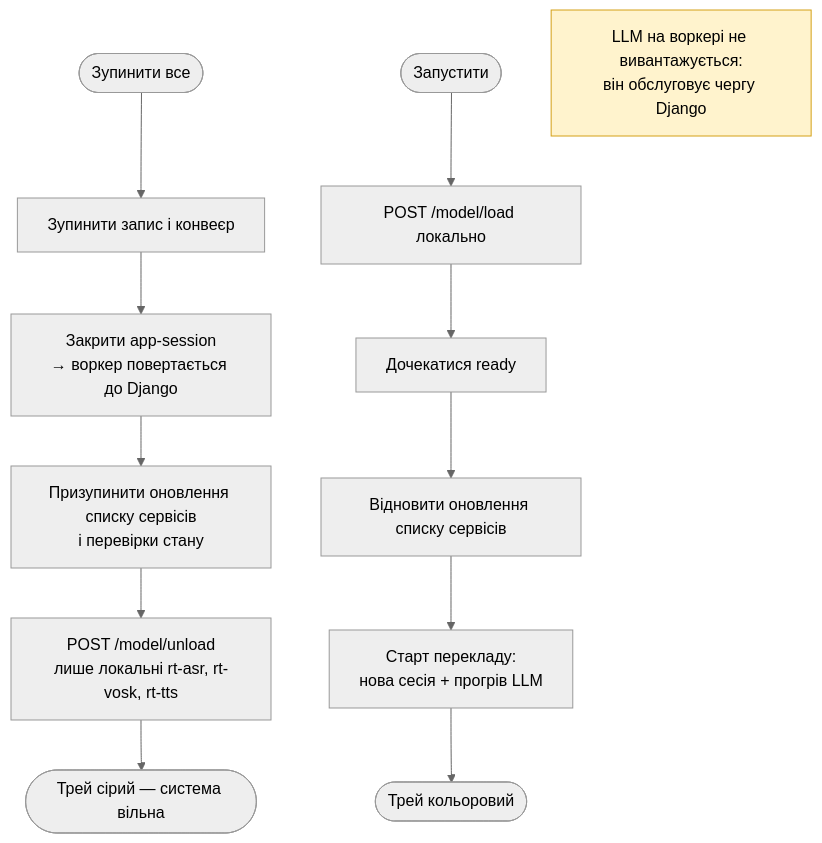
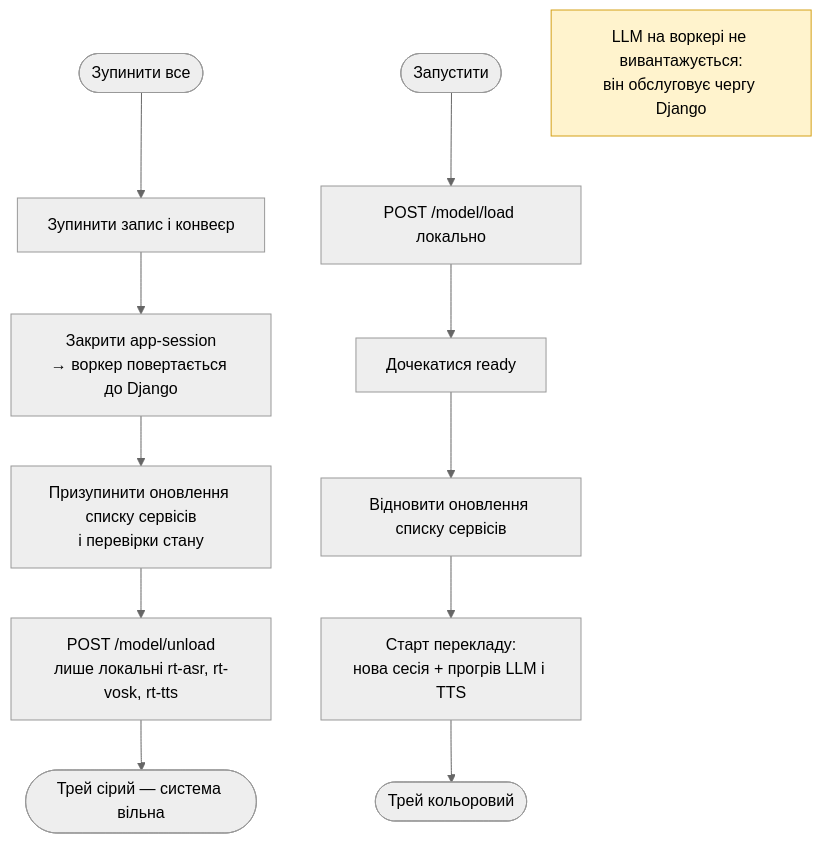
Before and after one commit to DohuyaMa/realtime-translation: the third of 4 diagrams in docs/pipeline-diagrams.md, drawn with Mermaid (neutral theme). The commit also changed other lines of this file and 21 other files, not shown here.

````diff
--- a/docs/pipeline-diagrams.md
+++ b/docs/pipeline-diagrams.md
@@ -101,17 +112,17 @@
 ```mermaid
 flowchart TB
   STOP(["Зупинити все"]) --> S1["Зупинити запис і конвеєр"]
   S1 --> S2["Закрити app-session<br/>→ воркер повертається до Django"]
   S2 --> S3["Призупинити оновлення списку сервісів<br/>і перевірки стану"]
   S3 --> S4["POST /model/unload<br/>лише локальні rt-asr, rt-vosk, rt-tts"]
   S4 --> IDLE(["Трей сірий — система вільна"])
 
   START(["Запустити"]) --> R1["POST /model/load локально"]
   R1 --> R2["Дочекатися ready"]
   R2 --> R3["Відновити оновлення списку сервісів"]
-  R3 --> R4["Старт перекладу:<br/>нова сесія + прогрів LLM"]
+  R3 --> R4["Старт перекладу:<br/>нова сесія + прогрів LLM і TTS"]
   R4 --> RUN(["Трей кольоровий"])
 
   NOTE["LLM на воркері не вивантажується:<br/>він обслуговує чергу Django"]:::n
   classDef n fill:#fff3cd,stroke:#d4a017,color:#000
 ```
````
